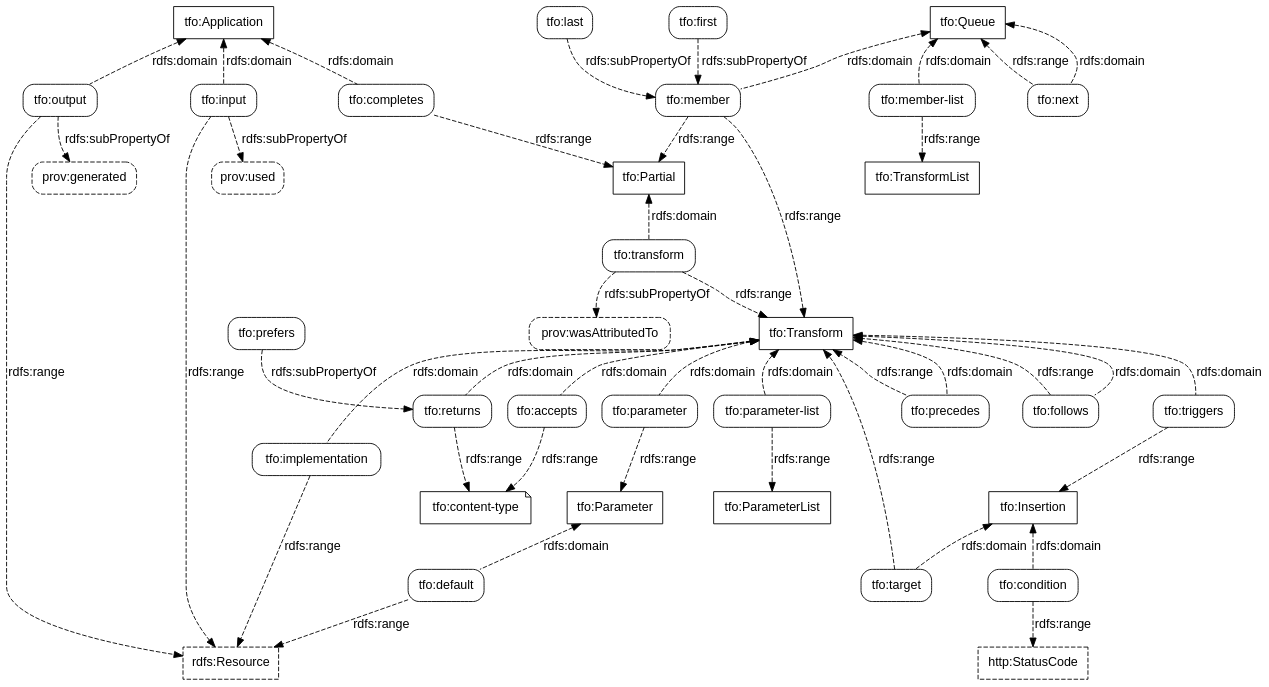
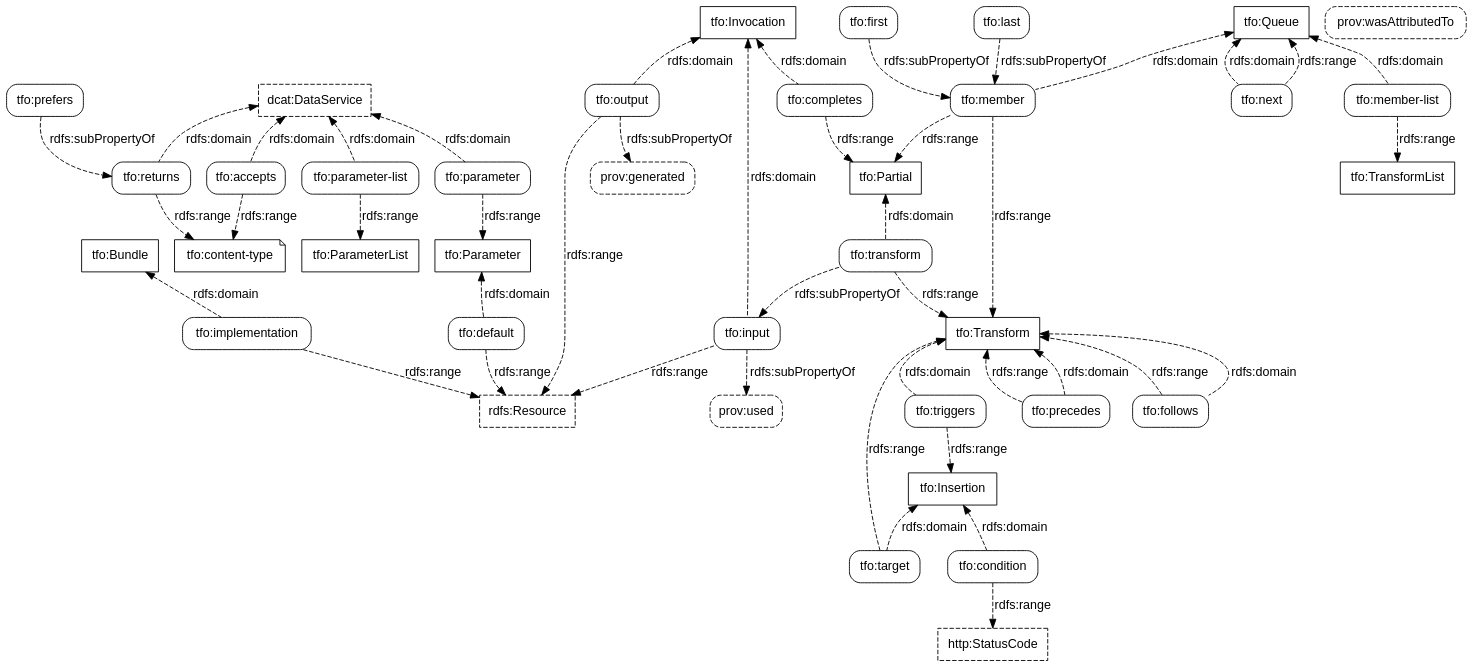
Before and after one commit to doriantaylor/owl-transformation: the diagram in transformation-properties.dot, drawn with Graphviz. The commit also changed 3 other files, not shown here.

```diff
--- a/transformation-properties.dot
+++ b/transformation-properties.dot
@@ -1,138 +1,138 @@
 digraph {
     graph [bgcolor=transparent,rankdir=TB];
     node [shape=box,style=rounded,color="#000000",fontcolor="#000000",fontname="Lucida Grande, Lucida Sans Unicode, sans-serif"];
     edge [concentrate=true,color="#000000",fontcolor="#000000",fontname="Lucida Grande, Lucida Sans Unicode, sans-serif"];
 
     subgraph {
         node [shape=box, style=dashed];
         rdfs_Resource [label="rdfs:Resource", target="_parent", href="https://www.w3.org/TR/rdf-schema/#ch_resource"];
         http_StatusCode [label="http:StatusCode", target="_parent", href="https://www.w3.org/TR/HTTP-in-RDF10/#StatusCodeClass"];
+        dcat_DataService [label="dcat:DataService" target="_parent", href="https://www.w3.org/TR/vocab-dcat-2/#Class:Data_Service"];
     }
 
     // our classes
 
     subgraph {
         node [shape=box, style=""];
+        tfo_Bundle [label="tfo:Bundle", target="_parent", href="https://vocab.methodandstructure.com/transformation#Bundle"];
         tfo_Transform [label="tfo:Transform", target="_parent", href="https://vocab.methodandstructure.com/transformation#Transform"];
         tfo_Parameter [label="tfo:Parameter", target="_parent", href="https://vocab.methodandstructure.com/transformation#Parameter"];
         tfo_ParameterList [label="tfo:ParameterList", target="_parent", href="https://vocab.methodandstructure.com/transformation#ParameterList"];
         tfo_Queue [label="tfo:Queue", target="_parent", href="https://vocab.methodandstructure.com/transformation#Queue"];
         tfo_Insertion [label="tfo:Insertion", target="_parent", href="https://vocab.methodandstructure.com/transformation#Insertion"];
         tfo_TransformList [label="tfo:TransformList", target="_parent", href="https://vocab.methodandstructure.com/transformation#TransformList"];
         tfo_Partial [label="tfo:Partial", target="_parent", href="https://vocab.methodandstructure.com/transformation#Partial"];
-        tfo_Application [label="tfo:Application", target="_parent", href="https://vocab.methodandstructure.com/transformation#Application"];
+        tfo_Invocation [label="tfo:Invocation", target="_parent", href="https://vocab.methodandstructure.com/transformation#Invocation"];
     }
 
     // our datatypes
     subgraph {
         node [shape=note];
         tfo_content_type [label="tfo:content-type", target="_parent", href="https://vocab.methodandstructure.com/transformation#content-type"];
     }
 
     // third-party properties
 
     subgraph {
         node [style="dashed,rounded"];
         prov_used [label="prov:used", target="_parent", href="https://www.w3.org/TR/prov-o/#used"];
         prov_generated [label="prov:generated", target="_parent", href="https://www.w3.org/TR/prov-o/#generated"];
         prov_wasAttributedTo [label="prov:wasAttributedTo", target="_parent", href="https://www.w3.org/TR/prov-o/#wasAttributedTo"];
     }
-
 
     // our properties
 
     tfo_accepts [label="tfo:accepts", target="_parent", href="https://vocab.methodandstructure.com/transformation#accepts"];
     tfo_returns [label="tfo:returns", target="_parent", href="https://vocab.methodandstructure.com/transformation#returns"];
     tfo_prefers [label="tfo:prefers", target="_parent", href="https://vocab.methodandstructure.com/transformation#prefers"];
     tfo_implementation [label="tfo:implementation", target="_parent", href="https://vocab.methodandstructure.com/transformation#implementation"];
     tfo_parameter [label="tfo:parameter", target="_parent", href="https://vocab.methodandstructure.com/transformation#parameter"];
     tfo_parameter_list [label="tfo:parameter-list", target="_parent", href="https://vocab.methodandstructure.com/transformation#parameter-list"];
     tfo_default [label="tfo:default", target="_parent", href="https://vocab.methodandstructure.com/transformation#default"];
     tfo_triggers [label="tfo:triggers", target="_parent", href="https://vocab.methodandstructure.com/transformation#triggers"];
 
 
     tfo_completes [label="tfo:completes", target="_parent", href="https://vocab.methodandstructure.com/transformation#completes"];
     tfo_input [label="tfo:input", target="_parent", href="https://vocab.methodandstructure.com/transformation#input"];
     tfo_output [label="tfo:output", target="_parent", href="https://vocab.methodandstructure.com/transformation#output"];
     tfo_transform [label="tfo:transform", target="_parent", href="https://vocab.methodandstructure.com/transformation#transform"];
 
     tfo_member [label="tfo:member", target="_parent", href="https://vocab.methodandstructure.com/transformation#member"];
     tfo_member_list [label="tfo:member-list", target="_parent", href="https://vocab.methodandstructure.com/transformation#member-list"];
     tfo_next [label="tfo:next", target="_parent", href="https://vocab.methodandstructure.com/transformation#next"];
     tfo_precedes [label="tfo:precedes", target="_parent", href="https://vocab.methodandstructure.com/transformation#precedes"];
     tfo_follows [label="tfo:follows", target="_parent", href="https://vocab.methodandstructure.com/transformation#follows"];
     tfo_first [label="tfo:first", target="_parent", href="https://vocab.methodandstructure.com/transformation#first"];
     tfo_last [label="tfo:last", target="_parent", href="https://vocab.methodandstructure.com/transformation#last"];
     tfo_condition [label="tfo:condition", target="_parent", href="https://vocab.methodandstructure.com/transformation#condition"];
     tfo_target [label="tfo:target", target="_parent", href="https://vocab.methodandstructure.com/transformation#target"];
 
     subgraph {
         edge [style=dashed, label="rdfs:subPropertyOf"];
         tfo_prefers   -> tfo_returns;
-        tfo_input     -> prov_used;
+        tfo_transform -> tfo_input -> prov_used;
         tfo_output    -> prov_generated;
-        tfo_transform -> prov_wasAttributedTo;
 
         tfo_first -> tfo_member;
         tfo_last  -> tfo_member;
     }
 
     subgraph {
         edge [style=dashed, dir=back, label="rdfs:domain"];
-        tfo_Transform -> tfo_accepts;
-        tfo_Transform -> tfo_returns;
-        tfo_Transform -> tfo_implementation;
-        tfo_Transform -> tfo_parameter;
-        tfo_Transform -> tfo_parameter_list;
+        tfo_Bundle -> tfo_implementation;
+        dcat_DataService -> tfo_accepts;
+        dcat_DataService -> tfo_returns;
+        dcat_DataService -> tfo_parameter;
+        dcat_DataService -> tfo_parameter_list;
         tfo_Transform -> tfo_precedes;
         tfo_Transform -> tfo_follows;
         tfo_Transform -> tfo_triggers;
 
         tfo_Parameter -> tfo_default;
 
         tfo_Queue -> tfo_member;
         tfo_Queue -> tfo_member_list;
 
         tfo_Queue -> tfo_next;
 
         tfo_Insertion -> tfo_condition;
         tfo_Insertion -> tfo_target;
 
         tfo_Partial -> tfo_transform;
 
-        tfo_Application -> tfo_completes;
-        tfo_Application -> tfo_input;
-        tfo_Application -> tfo_output;
+        tfo_Invocation -> tfo_completes;
+        tfo_Invocation -> tfo_input;
+        tfo_Invocation -> tfo_output;
     }
 
     subgraph {
         edge [style=dashed, label="rdfs:range"];
 
         tfo_accepts -> tfo_content_type;
         tfo_returns -> tfo_content_type;
 
         tfo_parameter      -> tfo_Parameter;
         tfo_parameter_list -> tfo_ParameterList;
 
         tfo_member      -> tfo_Transform;
         tfo_member      -> tfo_Partial;
         tfo_member_list -> tfo_TransformList;
 
         tfo_next -> tfo_Queue;
 
         tfo_transform -> tfo_Transform;
         tfo_precedes  -> tfo_Transform;
         tfo_follows   -> tfo_Transform;
 
         tfo_triggers  -> tfo_Insertion;
         tfo_target    -> tfo_Transform;
         tfo_condition -> http_StatusCode;
 
         tfo_completes -> tfo_Partial;
 
         tfo_implementation -> rdfs_Resource;
         tfo_default        -> rdfs_Resource;
         tfo_input          -> rdfs_Resource;
         tfo_output         -> rdfs_Resource;
     }
 }
```
